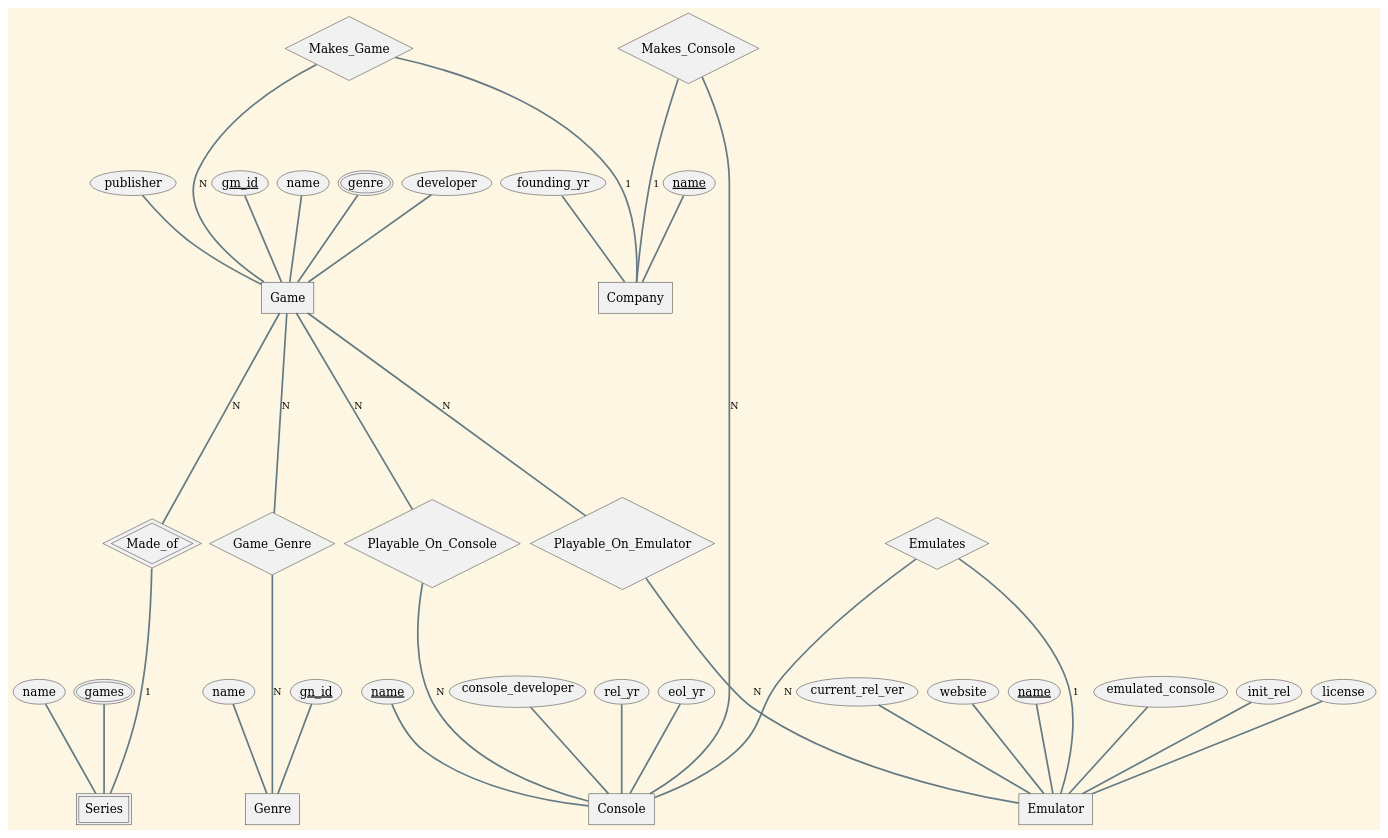
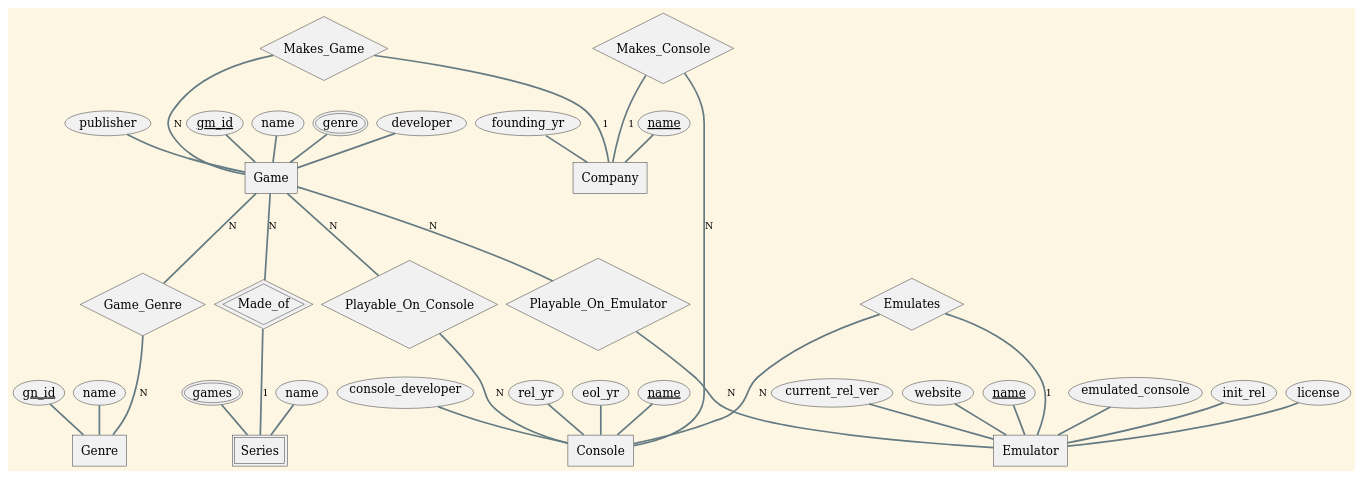
The diagram in ReorderEER_Example.plantuml (AndrewN20/CS4347-005-TeamSupremeVictory-main), drawn with PlantUML before and after one commit.

Commit message:
rearranged entity & relation definitions

```diff
--- a/ReorderEER_Example.plantuml
+++ b/ReorderEER_Example.plantuml
@@ -1,89 +1,93 @@
 @startchen
 !theme sunlust
 
 'vertical spacing
-skinparam ranksep 100 
+skinparam ranksep 30
 'horizontal spacing
 skinparam nodesep 10  
 
 'entity definitions
-entity Series <<weak>> {
-        name
-        games <<multi>>
-}
-relationship "Made_of" as MO <<identifying>> {
-}
-
-entity Genre {
-        'pk
-        gn_id <<key>>
-        name
-}
-relationship "Game_Genre" as gg {
-}
 entity Game {
         'pk
         gm_id <<key>>
         name
         genre <<multi>>
         'fk
         developer
         'fk
         publisher
 }
-Game -N- MO
-MO =1= Series
 
-Game -N- gg
-gg -N- Genre
+entity Series <<weak>> {
+        name
+        games <<multi>>
+}
 
+entity Genre {
+        'pk
+        gn_id <<key>>
+        name
+}
 
 entity Console {
         'pk
         name <<key>>
         console_developer
         rel_yr
         eol_yr
 }
-relationship "Playable_On_Console" as ploc {
-}
+
 entity Company{
         'pk
         name <<key>>
         founding_yr
         '... IDK what else to put here
 }
+
+entity Emulator {
+        'pk
+        name <<key>>
+        emulated_console
+        init_rel
+        license
+        current_rel_ver
+        website
+}
+'relationship definitions
+relationship "Game_Genre" as gg {
+}
+relationship "Made_of" as MO <<identifying>> {
+}
 relationship "Makes_Game" as mg {
 }
 relationship "Makes_Console" as mc {
 }
+relationship "Playable_On_Console" as ploc {
+}
+relationship "Playable_On_Emulator" as ploe {
+}
+relationship Emulates {
+}
+
+Game -N- MO
+MO =1= Series
+
+Game -N- gg
+gg -N- Genre
+
 
 Game -N- ploc
 ploc -N- Console
 
 mg -1- Company
 mg -N- Game
 
 mc -1- Company
 mc -N- Console
 
-entity Emulator {
-        'pk
-        name <<key>>
-        emulated_console
-        init_rel
-        license
-        current_rel_ver
-        website
-}
-relationship "Playable_On_Emulator" as ploe {
-}
-relationship Emulates {
-}
-
 Game -N- ploe
 ploe -N- Emulator
 
 Emulates -N- Console
 Emulates -1- Emulator
 @endchen
```
